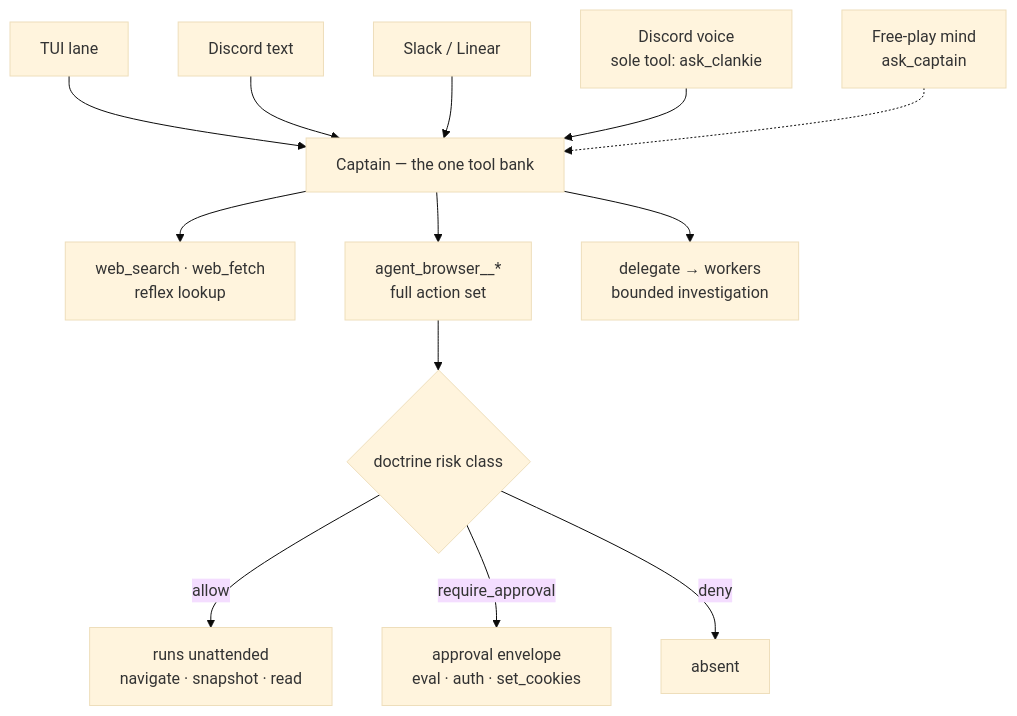
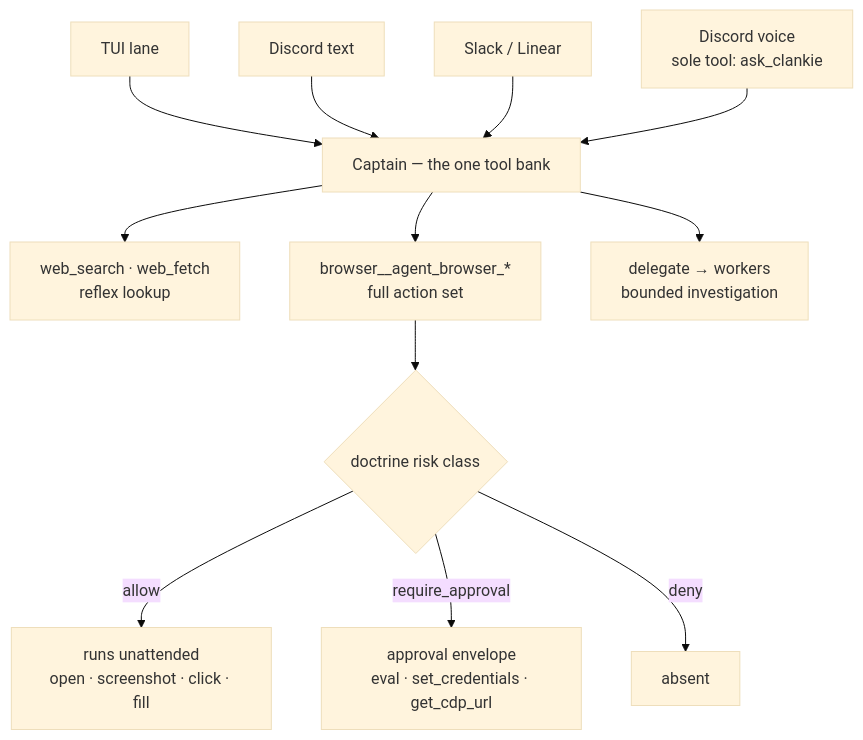
Before and after one commit to Volpestyle/clankie: the diagram in docs/adr/0082-clankie-holds-the-browser.md, drawn with Mermaid (base theme). The commit also changed other lines of this file and 9 other files, not shown here.

````diff
--- a/docs/adr/0082-clankie-holds-the-browser.md
+++ b/docs/adr/0082-clankie-holds-the-browser.md
@@ -110,16 +111,15 @@
 ```mermaid
 flowchart TB
   TUI[TUI lane] --> C
   DT[Discord text] --> C
   SL[Slack / Linear] --> C
   V["Discord voice<br/>sole tool: ask_clankie"] --> C
-  P["Free-play mind<br/>ask_captain"] -.-> C
   C["Captain — the one tool bank"]
   C --> W["web_search · web_fetch<br/>reflex lookup"]
-  C --> B["agent_browser__*<br/>full action set"]
+  C --> B["browser__agent_browser_*<br/>full action set"]
   C --> D["delegate → workers<br/>bounded investigation"]
   B --> G{"doctrine risk class"}
-  G -->|allow| R["runs unattended<br/>navigate · snapshot · read"]
-  G -->|require_approval| A["approval envelope<br/>eval · auth · set_cookies"]
+  G -->|allow| R["runs unattended<br/>open · screenshot · click · fill"]
+  G -->|require_approval| A["approval envelope<br/>eval · set_credentials · get_cdp_url"]
   G -->|deny| X[absent]
 ```
````
